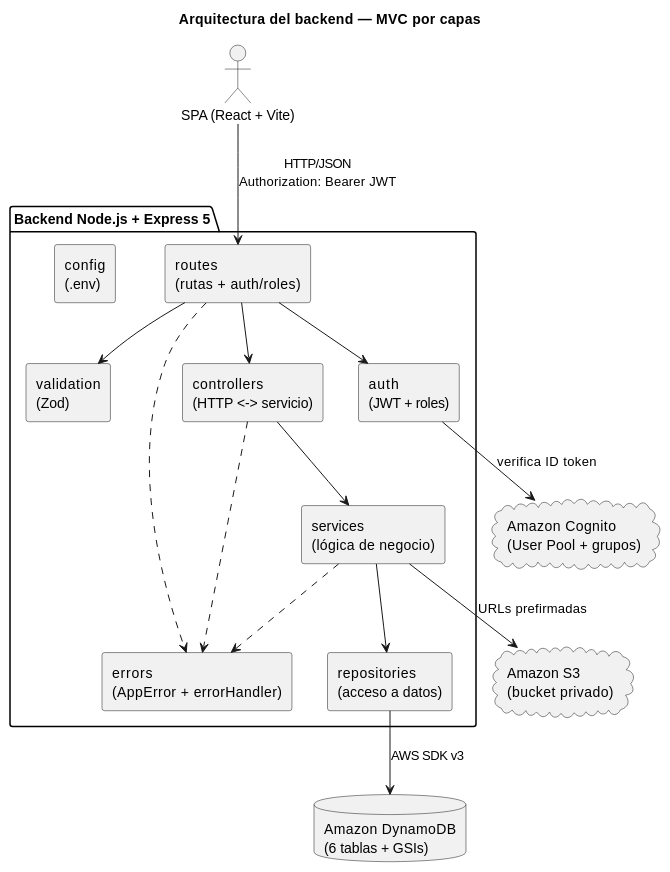
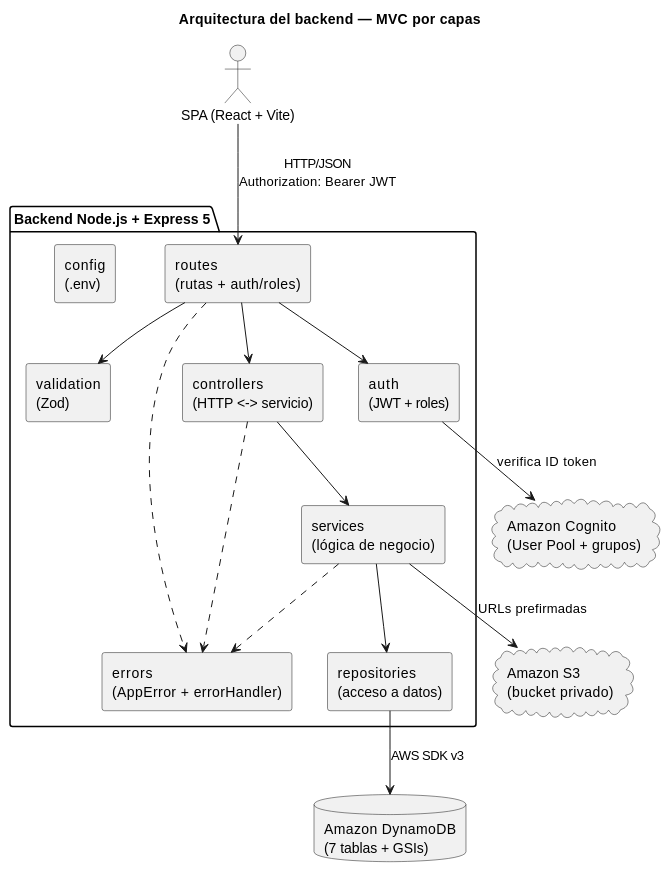
One commit to dgschahvqvc17/Concesionaria-BMW changed the first of 13 diagrams in documentacion/diagramas.md. Above: the diagram before and after it, drawn with PlantUML. The commit also changed other lines of this file and 31 other files, not shown here.

````diff
--- a/documentacion/diagramas.md
+++ b/documentacion/diagramas.md
@@ -34,37 +35,37 @@
 ```plantuml
 @startuml
 title Arquitectura del backend — MVC por capas
 skinparam componentStyle rectangle
 skinparam shadowing false
 
 actor "SPA (React + Vite)" as spa
 
 package "Backend Node.js + Express 5" {
   component "routes\n(rutas + auth/roles)" as routes
   component "validation\n(Zod)" as validation
   component "controllers\n(HTTP <-> servicio)" as controllers
   component "services\n(lógica de negocio)" as services
   component "repositories\n(acceso a datos)" as repositories
   component "errors\n(AppError + errorHandler)" as errors
   component "auth\n(JWT + roles)" as auth
   component "config\n(.env)" as config
 }
 
-database "Amazon DynamoDB\n(6 tablas + GSIs)" as ddb
+database "Amazon DynamoDB\n(7 tablas + GSIs)" as ddb
 cloud "Amazon S3\n(bucket privado)" as s3
 cloud "Amazon Cognito\n(User Pool + grupos)" as cognito
 
 spa --> routes : HTTP/JSON\nAuthorization: Bearer JWT
 routes --> auth
 routes --> validation
 routes --> controllers
 controllers --> services
 services --> repositories
 repositories --> ddb : AWS SDK v3
 services --> s3 : URLs prefirmadas
 auth --> cognito : verifica ID token
 controllers ..> errors
 services ..> errors
 routes ..> errors
 @enduml
 ```
````
